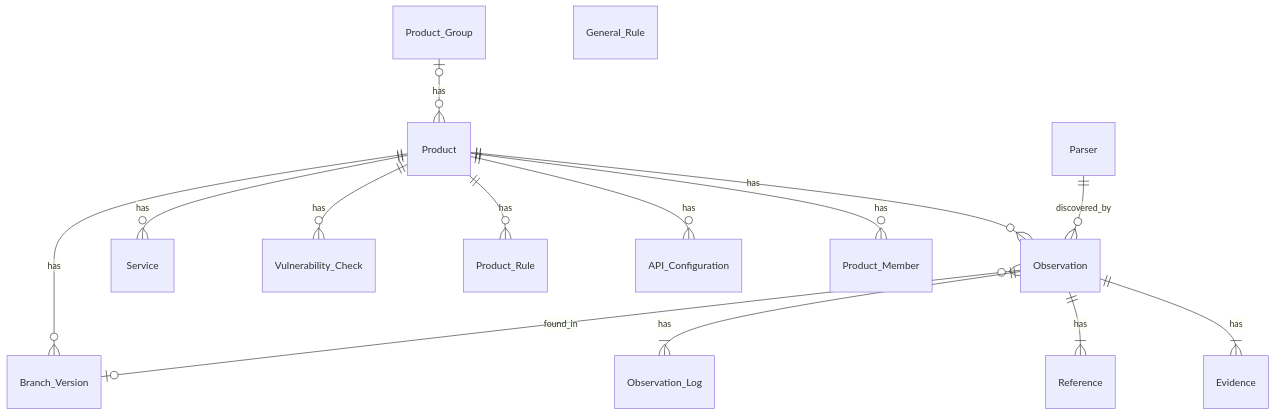
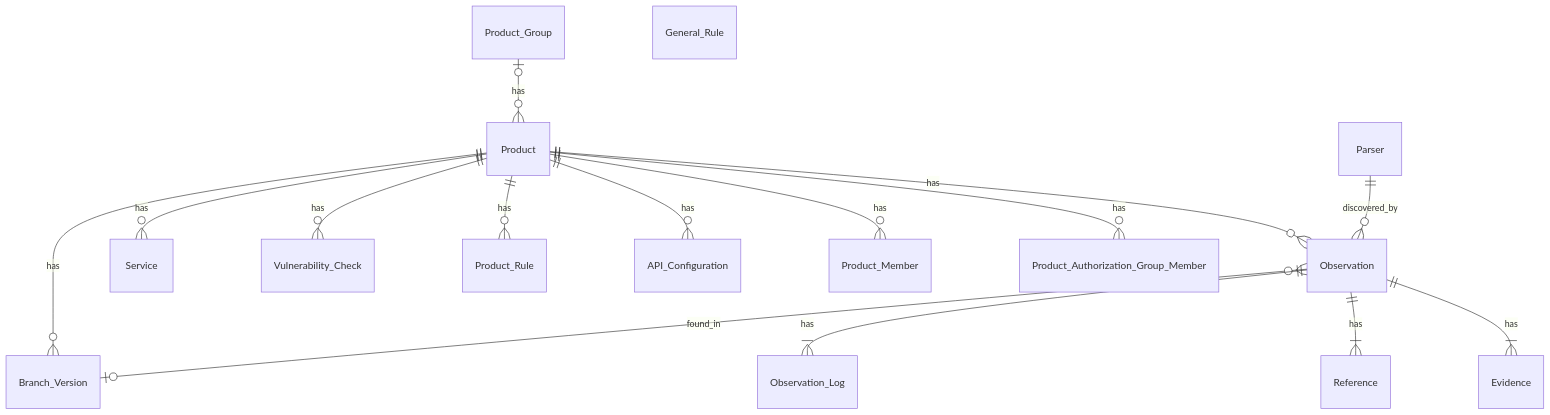
The first of 2 diagrams in docs/getting_started/data_model.md (MaibornWolff/SecObserve), drawn with Mermaid before and after one commit. The commit also changed other lines of this file and 1 other file, not shown here.

Commit message:
chore: documentation for authorization groups in license management (#2166)

````diff
--- a/docs/getting_started/data_model.md
+++ b/docs/getting_started/data_model.md
@@ -5,17 +5,18 @@
 ``` mermaid
 erDiagram
     Product_Group |o--o{ Product : has
     Product ||--o{ Observation : has
     Product ||--o{ Branch_Version : has
     Product ||--o{ Service : has
     Product ||--o{ Vulnerability_Check : has
     Product ||--o{ Product_Rule : has
     Product ||--o{ API_Configuration : has
     Product ||--o{ Product_Member : has
+    Product ||--o{ Product_Authorization_Group_Member : has
     Parser ||--o{ Observation: discovered_by
     Observation }o--o| Branch_Version: found_in
     Observation ||--|{ Observation_Log : has
     Observation ||--|{ Reference : has
     Observation ||--|{ Evidence : has
     General_Rule
 ```
````
